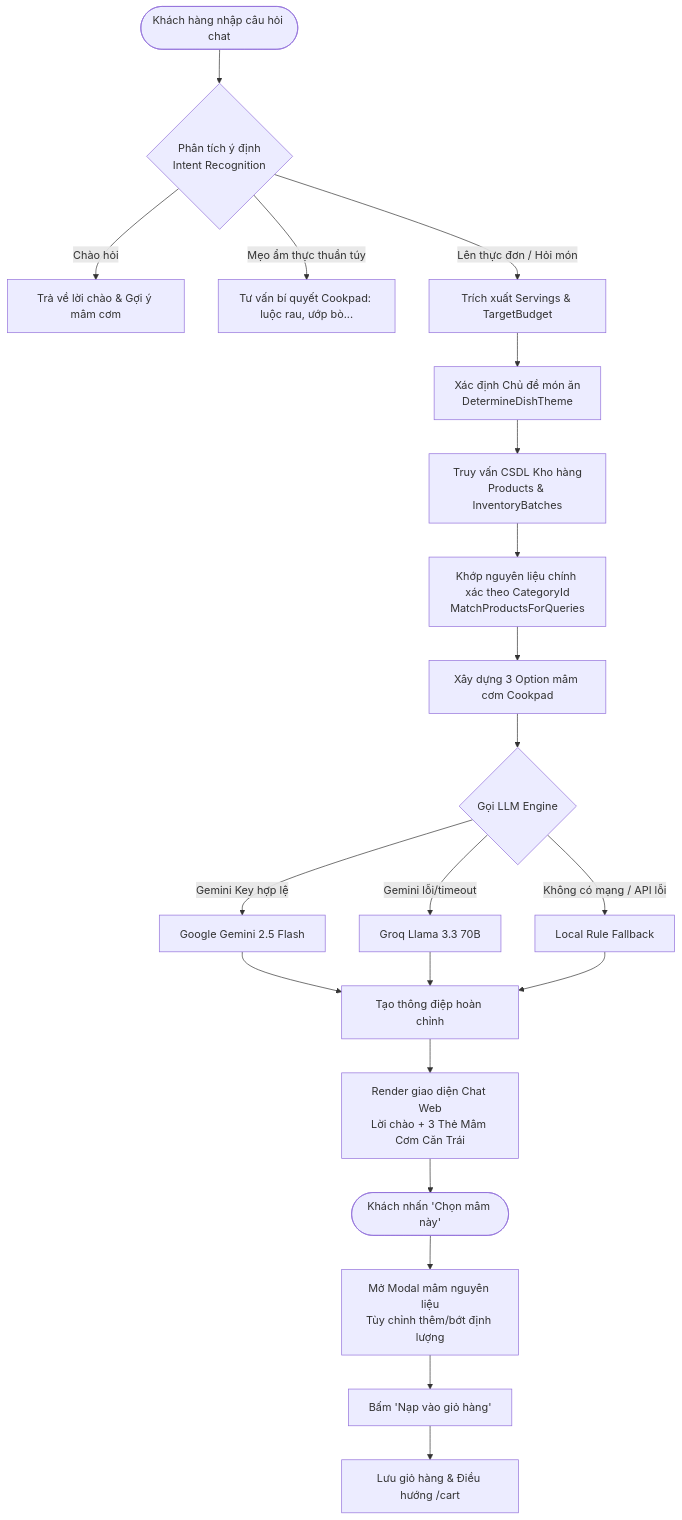
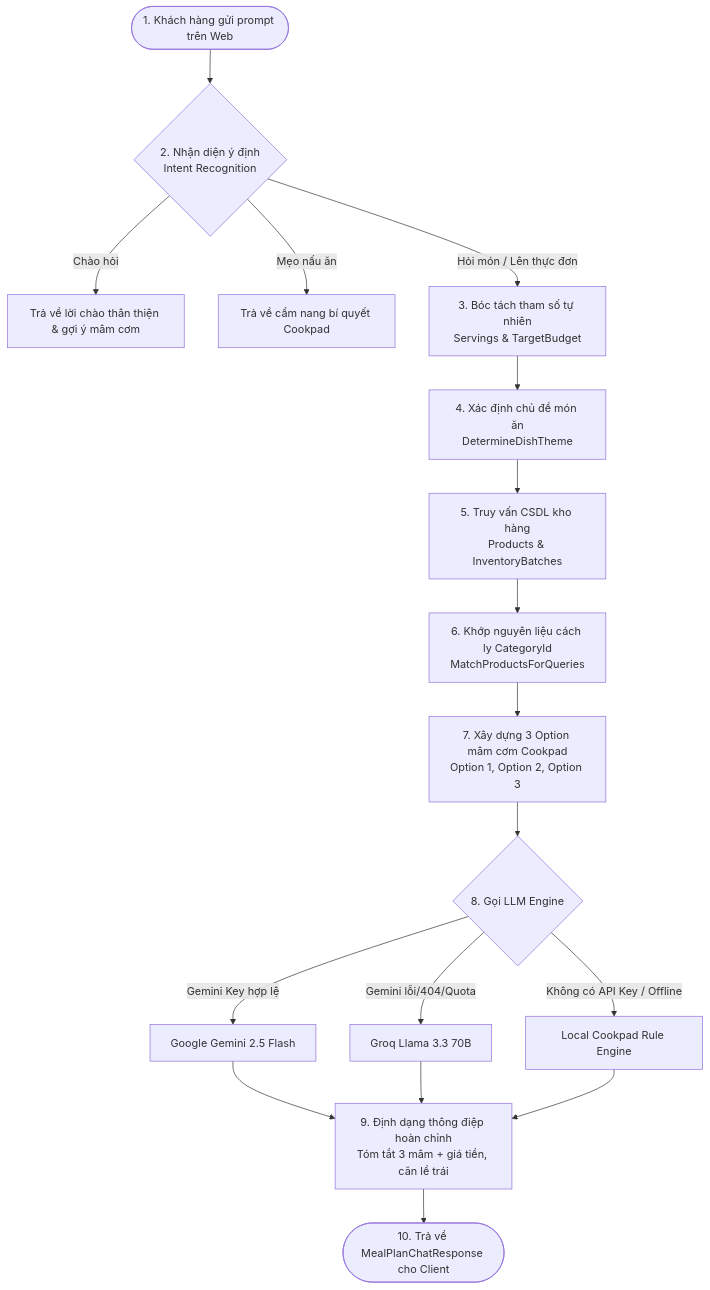
The first of 4 diagrams in docs/10_AI/06_Workflow.md (huykhang666/smart-supermarket), drawn with Mermaid before and after one commit. The commit also changed other lines of this file and 10 other files, not shown here.

````diff
--- a/docs/10_AI/06_Workflow.md
+++ b/docs/10_AI/06_Workflow.md
@@ -17,28 +18,25 @@
 ```mermaid
 flowchart TD
-    A([Khách hàng nhập câu hỏi chat]) --> B{Phân tích ý định<br/>Intent Recognition}
+    Start([1. Khách hàng gửi prompt trên Web]) --> IntentCheck{2. Nhận diện ý định<br/>Intent Recognition}
     
-    B -->|Chào hỏi| C[Trả về lời chào & Gợi ý mâm cơm]
-    B -->|Mẹo ẩm thực thuần túy| D[Tư vấn bí quyết Cookpad: luộc rau, ướp bò...]
-    B -->|Lên thực đơn / Hỏi món| E[Trích xuất Servings & TargetBudget]
+    IntentCheck -->|Chào hỏi| Greet[Trả về lời chào thân thiện & gợi ý mâm cơm]
+    IntentCheck -->|Mẹo nấu ăn| Advice[Trả về cẩm nang bí quyết Cookpad]
+    IntentCheck -->|Hỏi món / Lên thực đơn| ParseParams[3. Bóc tách tham số tự nhiên<br/>Servings & TargetBudget]
 
-    E --> F[Xác định Chủ đề món ăn<br/>DetermineDishTheme]
-    F --> G[Truy vấn CSDL Kho hàng<br/>Products & InventoryBatches]
-    G --> H[Khớp nguyên liệu chính xác theo CategoryId<br/>MatchProductsForQueries]
-    H --> I[Xây dựng 3 Option mâm cơm Cookpad]
+    ParseParams --> Theme[4. Xác định chủ đề món ăn<br/>DetermineDishTheme]
+    Theme --> FetchDB[5. Truy vấn CSDL kho hàng<br/>Products & InventoryBatches]
     
-    I --> J{Gọi LLM Engine}
-    J -->|Gemini Key hợp lệ| K[Google Gemini 2.5 Flash]
-    J -->|Gemini lỗi/timeout| L[Groq Llama 3.3 70B]
-    J -->|Không có mạng / API lỗi| M[Local Rule Fallback]
+    FetchDB --> CategoryMatch[6. Khớp nguyên liệu cách ly CategoryId<br/>MatchProductsForQueries]
+    CategoryMatch --> BuildOptions[7. Xây dựng 3 Option mâm cơm Cookpad<br/>Option 1, Option 2, Option 3]
 
-    K --> N[Tạo thông điệp hoàn chỉnh]
-    L --> N
-    M --> N
+    BuildOptions --> LLMCall{8. Gọi LLM Engine}
+    LLMCall -->|Gemini Key hợp lệ| Gemini[Google Gemini 2.5 Flash]
+    LLMCall -->|Gemini lỗi/404/Quota| Groq[Groq Llama 3.3 70B]
+    LLMCall -->|Không có API Key / Offline| LocalEngine[Local Cookpad Rule Engine]
 
-    N --> O[Render giao diện Chat Web<br/>Lời chào + 3 Thẻ Mâm Cơm Căn Trái]
-    O --> P([Khách nhấn 'Chọn mâm này'])
-    P --> Q[Mở Modal mâm nguyên liệu<br/>Tùy chỉnh thêm/bớt định lượng]
-    Q --> R[Bấm 'Nạp vào giỏ hàng']
-    R --> S[Lưu giỏ hàng & Điều hướng /cart]
+    Gemini --> FormatMsg[9. Định dạng thông điệp hoàn chỉnh<br/>Tóm tắt 3 mâm + giá tiền, căn lề trái]
+    Groq --> FormatMsg
+    LocalEngine --> FormatMsg
+
+    FormatMsg --> ReturnClient([10. Trả về MealPlanChatResponse cho Client])
 ```
````
